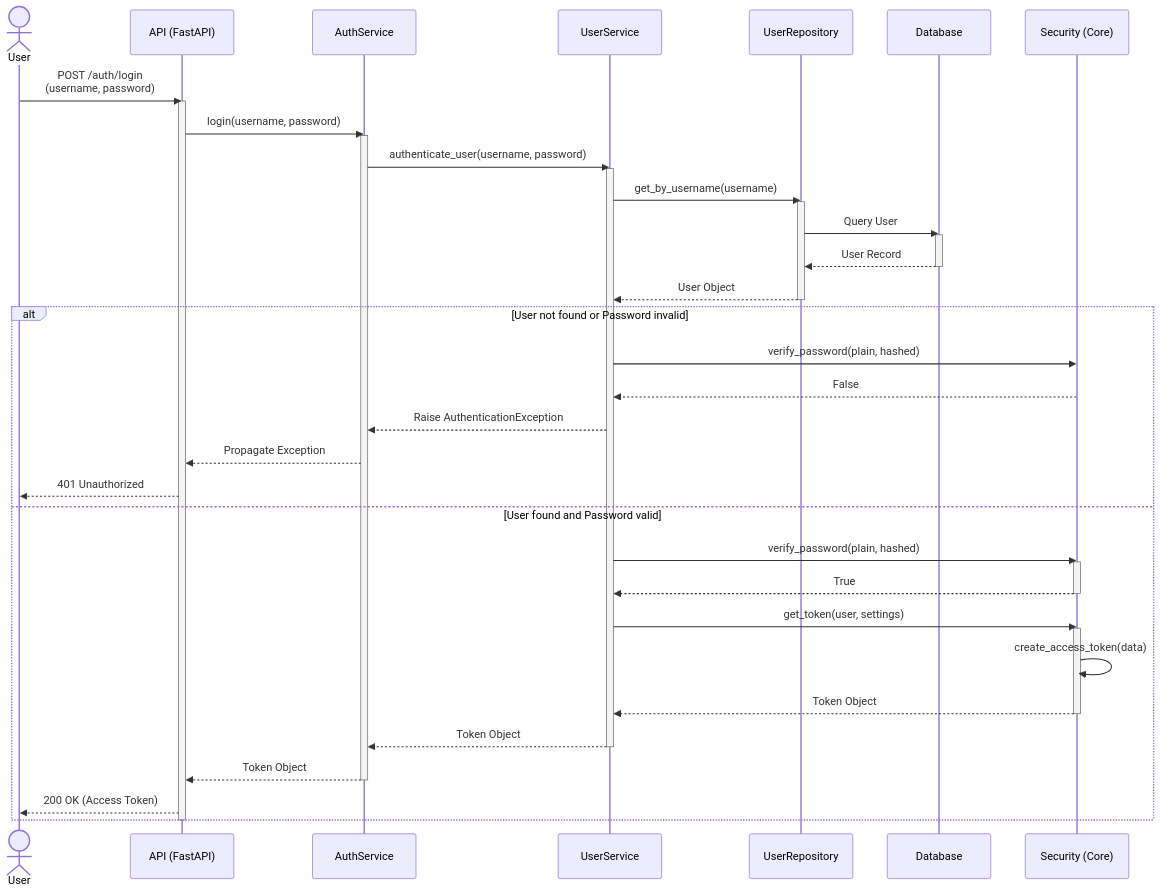
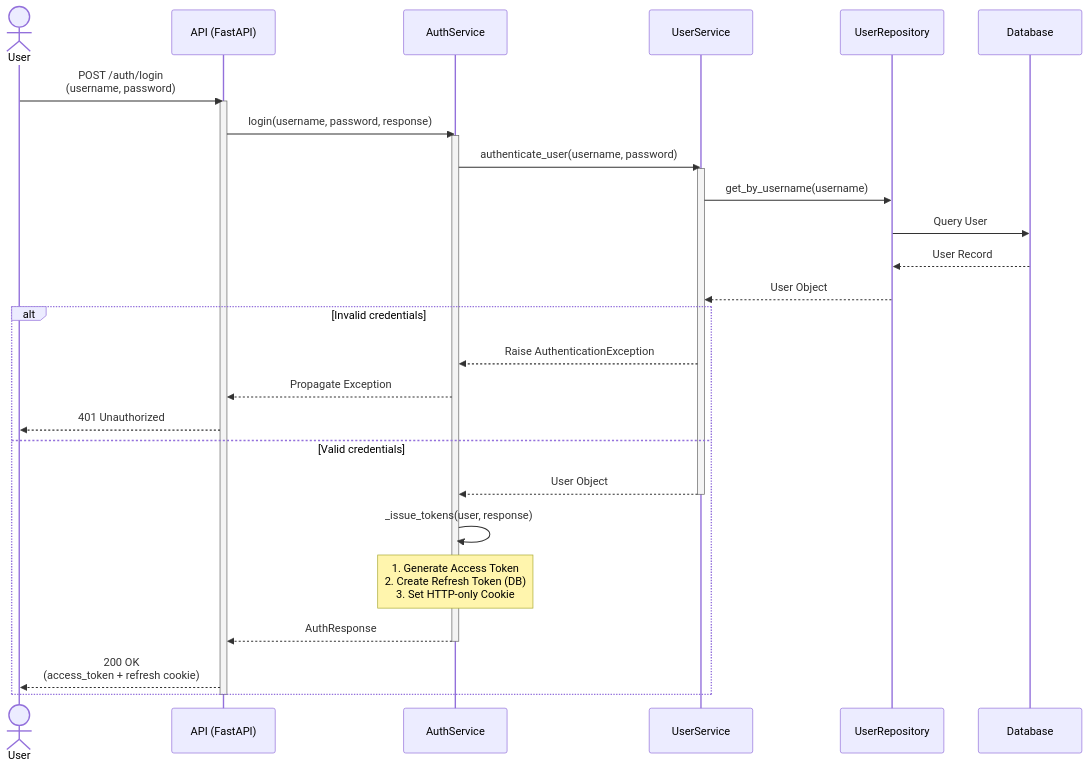
The first of 4 diagrams in api/diagrams/auth_sequence_diagram.md (0live/TileCraft), drawn with Mermaid before and after one commit. The commit also changed other lines of this file and 3 other files, not shown here.

Commit message:
docs: Refactor installation guide to categorize environment variables and update the authentication sequence diagram for clarity.

````diff
--- a/api/diagrams/auth_sequence_diagram.md
+++ b/api/diagrams/auth_sequence_diagram.md
@@ -5,56 +7,41 @@
 ```mermaid
 sequenceDiagram
     actor User
     participant API as API (FastAPI)
     participant AuthSvc as AuthService
     participant UserSvc as UserService
     participant Repo as UserRepository
     participant DB as Database
-    participant Sec as Security (Core)
 
     User->>API: POST /auth/login<br/>(username, password)
     activate API
 
-    API->>AuthSvc: login(username, password)
+    API->>AuthSvc: login(username, password, response)
     activate AuthSvc
 
     AuthSvc->>UserSvc: authenticate_user(username, password)
     activate UserSvc
 
     UserSvc->>Repo: get_by_username(username)
-    activate Repo
     Repo->>DB: Query User
-    activate DB
     DB-->>Repo: User Record
-    deactivate DB
     Repo-->>UserSvc: User Object
-    deactivate Repo
 
-    alt User not found or Password invalid
-        UserSvc->>Sec: verify_password(plain, hashed)
-        Sec-->>UserSvc: False
+    alt Invalid credentials
         UserSvc-->>AuthSvc: Raise AuthenticationException
         AuthSvc-->>API: Propagate Exception
         API-->>User: 401 Unauthorized
-    else User found and Password valid
-        UserSvc->>Sec: verify_password(plain, hashed)
-        activate Sec
-        Sec-->>UserSvc: True
-        deactivate Sec
-
-        UserSvc->>Sec: get_token(user, settings)
-        activate Sec
-        Sec->>Sec: create_access_token(data)
-        Sec-->>UserSvc: Token Object
-        deactivate Sec
-
-        UserSvc-->>AuthSvc: Token Object
+    else Valid credentials
+        UserSvc-->>AuthSvc: User Object
         deactivate UserSvc
 
-        AuthSvc-->>API: Token Object
+        AuthSvc->>AuthSvc: _issue_tokens(user, response)
+        Note over AuthSvc: 1. Generate Access Token<br/>2. Create Refresh Token (DB)<br/>3. Set HTTP-only Cookie
+
+        AuthSvc-->>API: AuthResponse
         deactivate AuthSvc
 
-        API-->>User: 200 OK (Access Token)
+        API-->>User: 200 OK<br/>(access_token + refresh cookie)
     end
     deactivate API
 ```
````
